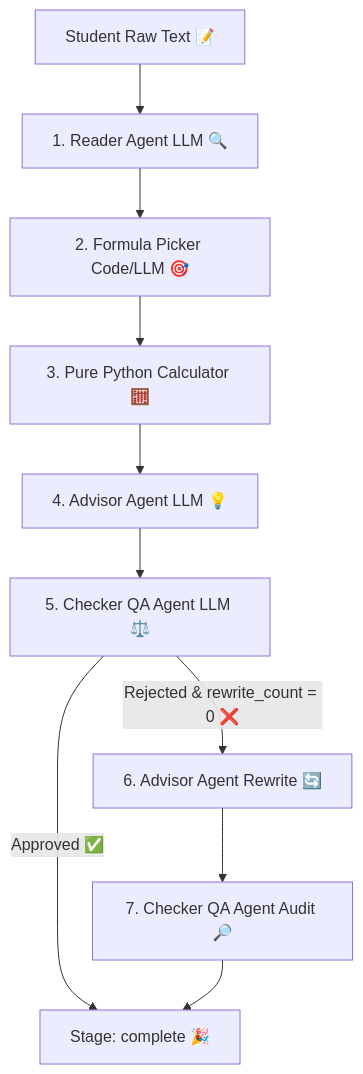
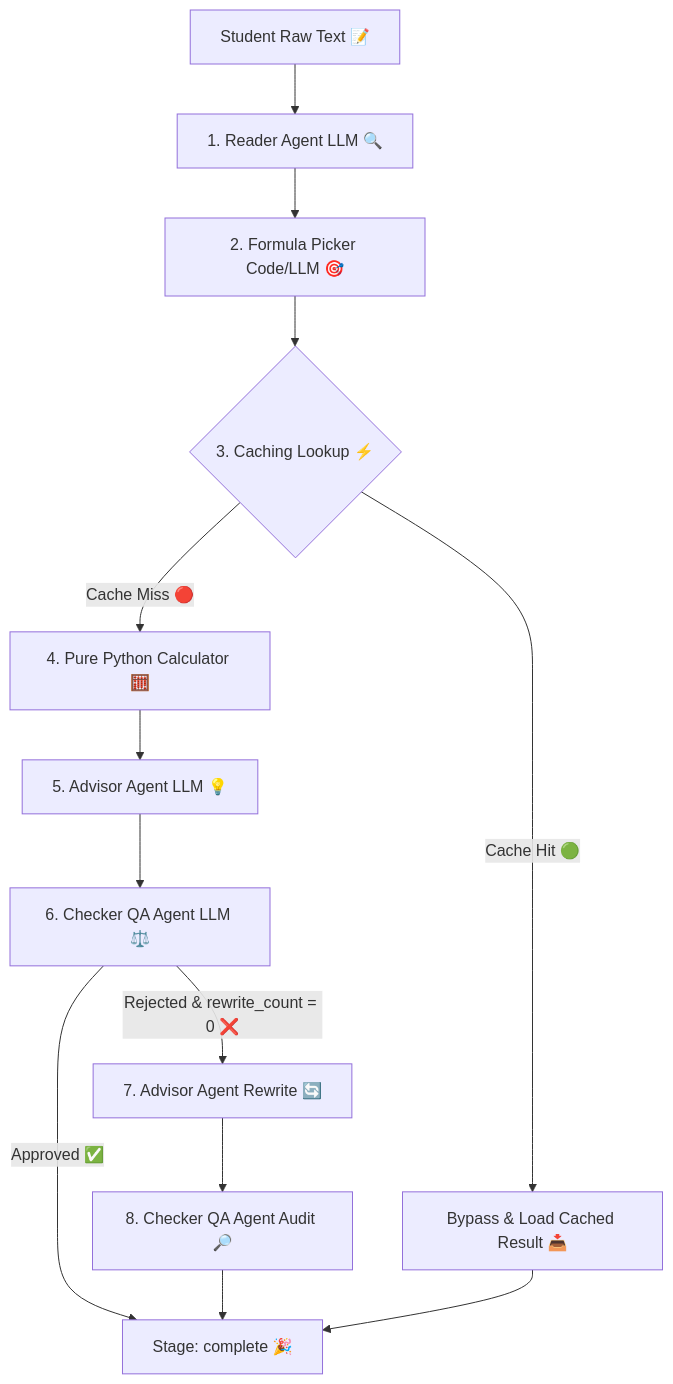
The diagram in README.md (UsmanBari/AdmissionAdvisor-MultiAgent-), drawn with Mermaid before and after one commit. The commit also changed other lines of this file and 27 other files, not shown here.

````diff
--- a/README.md
+++ b/README.md
@@ -11,13 +11,19 @@
 ```mermaid
 graph TD
     Input[Student Raw Text 📝] --> Reader[1. Reader Agent LLM 🔍]
     Reader --> Picker[2. Formula Picker Code/LLM 🎯]
-    Picker --> Calculator[3. Pure Python Calculator 🧮]
-    Calculator --> Advisor[4. Advisor Agent LLM 💡]
-    Advisor --> Checker[5. Checker QA Agent LLM ⚖️]
+    Picker --> CacheCheck{3. Caching Lookup ⚡}
+    
+    CacheCheck -->|Cache Hit 🟢| CacheLoad[Bypass & Load Cached Result 📥]
+    CacheCheck -->|Cache Miss 🔴| Calculator[4. Pure Python Calculator 🧮]
+    
+    Calculator --> Advisor[5. Advisor Agent LLM 💡]
+    Advisor --> Checker[6. Checker QA Agent LLM ⚖️]
     
     Checker -->|Approved ✅| Complete[Stage: complete 🎉]
-    Checker -->|Rejected & rewrite_count = 0 ❌| AdvisorRewrite[6. Advisor Agent Rewrite 🔄]
-    AdvisorRewrite --> CheckerRewrite[7. Checker QA Agent Audit 🔎]
+    Checker -->|Rejected & rewrite_count = 0 ❌| AdvisorRewrite[7. Advisor Agent Rewrite 🔄]
+    AdvisorRewrite --> CheckerRewrite[8. Checker QA Agent Audit 🔎]
+    
     CheckerRewrite --> Complete
+    CacheLoad --> Complete
 ```
````
